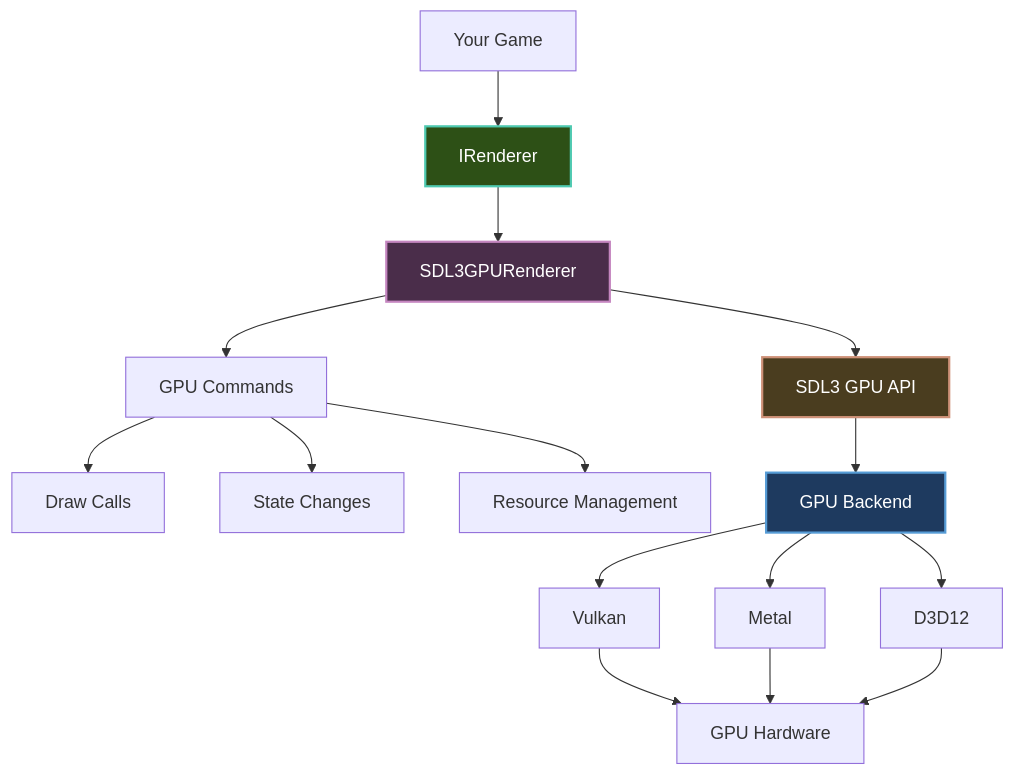
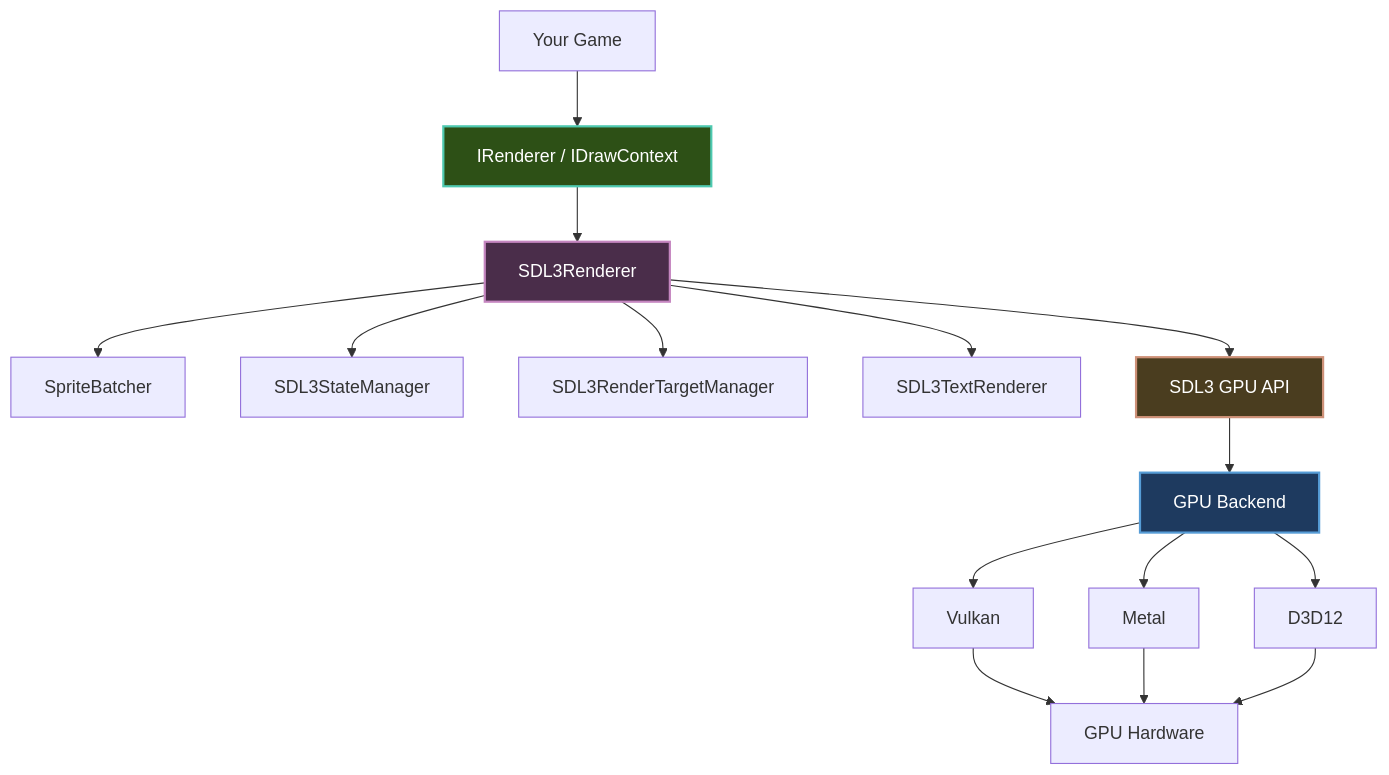
Before and after one commit to CrazyPickleStudios/Brine2D-Documentation: the diagram in docs/rendering/gpu-renderer.md, drawn with Mermaid. The commit also changed other lines of this file and 35 other files, not shown here.

````diff
--- a/docs/rendering/gpu-renderer.md
+++ b/docs/rendering/gpu-renderer.md
@@ -66,26 +14,26 @@
 ```mermaid
 graph TB
-    A[Your Game] --> B[IRenderer]
-    B --> C[SDL3GPURenderer]
+    A[Your Game] --> B[IRenderer / IDrawContext]
+    B --> C[SDL3Renderer]
     
-    C --> D[GPU Commands]
-    D --> D1[Draw Calls]
-    D --> D2[State Changes]
-    D --> D3[Resource Management]
+    C --> D[SpriteBatcher]
+    C --> E[SDL3StateManager]
+    C --> F[SDL3RenderTargetManager]
+    C --> G[SDL3TextRenderer]
     
-    C --> E[SDL3 GPU API]
-    E --> F[GPU Backend]
+    C --> H[SDL3 GPU API]
+    H --> I[GPU Backend]
     
-    F --> G1[Vulkan]
-    F --> G2[Metal]
-    F --> G3[D3D12]
+    I --> J1[Vulkan]
+    I --> J2[Metal]
+    I --> J3[D3D12]
     
-    G1 --> H[GPU Hardware]
-    G2 --> H
-    G3 --> H
+    J1 --> K[GPU Hardware]
+    J2 --> K
+    J3 --> K
     
     style B fill:#2d5016,stroke:#4ec9b0,stroke-width:2px,color:#fff
     style C fill:#4a2d4a,stroke:#c586c0,stroke-width:2px,color:#fff
-    style E fill:#4a3d1f,stroke:#ce9178,stroke-width:2px,color:#fff
-    style F fill:#1e3a5f,stroke:#569cd6,stroke-width:2px,color:#fff
+    style H fill:#4a3d1f,stroke:#ce9178,stroke-width:2px,color:#fff
+    style I fill:#1e3a5f,stroke:#569cd6,stroke-width:2px,color:#fff
 ```
````
